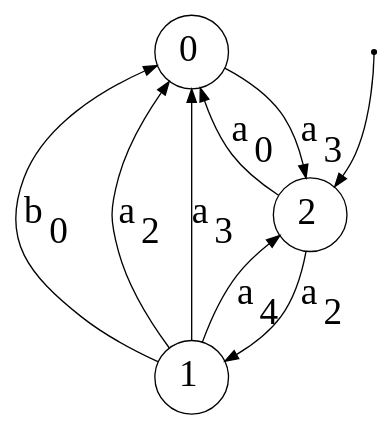
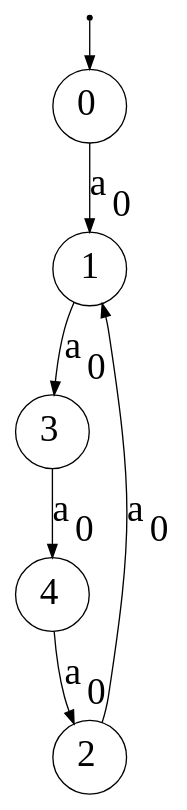
One commit to Reithger/Finite-State-Machine-Model changed the diagram in dotsource.dot. Above: the diagram before and after it, drawn with Graphviz. The commit also changed 3 other files, not shown here.

```diff
--- a/dotsource.dot
+++ b/dotsource.dot
@@ -1,14 +1,14 @@
 digraph G {
 "n0"[label= <0> shape=circle color="black" style=wedged fillcolor="white" style=filled fontsize="28"];
+"ArbitraryUnusedNameNoWorriesJustGrooving1"[fontSize=1 shape=point];
 "n1"[label= <1> shape=circle color="black" style=wedged fillcolor="white" style=filled fontsize="28"];
 "n2"[label= <2> shape=circle color="black" style=wedged fillcolor="white" style=filled fontsize="28"];
-"ArbitraryUnusedNameNoWorriesJustGrooving3"[fontSize=1 shape=point];
-{"ArbitraryUnusedNameNoWorriesJustGrooving3"}->{"n2"};
-{"n0"}->{"n2"}[label = <a<sub>3</sub>> color="black" arrowhead="normal" style="" fontsize="28"];
-{"n1"}->{"n0"}[label = <b<sub>0</sub>> color="black" arrowhead="normal" style="" fontsize="28"];
-{"n1"}->{"n0"}[label = <a<sub>2</sub>> color="black" arrowhead="normal" style="" fontsize="28"];
-{"n1"}->{"n0"}[label = <a<sub>3</sub>> color="black" arrowhead="normal" style="" fontsize="28"];
-{"n1"}->{"n2"}[label = <a<sub>4</sub>> color="black" arrowhead="normal" style="" fontsize="28"];
-{"n2"}->{"n1"}[label = <a<sub>2</sub>> color="black" arrowhead="normal" style="" fontsize="28"];
-{"n2"}->{"n0"}[label = <a<sub>0</sub>> color="black" arrowhead="normal" style="" fontsize="28"];
+"n3"[label= <3> shape=circle color="black" style=wedged fillcolor="white" style=filled fontsize="28"];
+"n4"[label= <4> shape=circle color="black" style=wedged fillcolor="white" style=filled fontsize="28"];
+{"ArbitraryUnusedNameNoWorriesJustGrooving1"}->{"n0"};
+{"n0"}->{"n1"}[label = <a<sub>0</sub>> color="black" arrowhead="normal" style="" fontsize="28"];
+{"n1"}->{"n3"}[label = <a<sub>0</sub>> color="black" arrowhead="normal" style="" fontsize="28"];
+{"n2"}->{"n1"}[label = <a<sub>0</sub>> color="black" arrowhead="normal" style="" fontsize="28"];
+{"n3"}->{"n4"}[label = <a<sub>0</sub>> color="black" arrowhead="normal" style="" fontsize="28"];
+{"n4"}->{"n2"}[label = <a<sub>0</sub>> color="black" arrowhead="normal" style="" fontsize="28"];
 }
```
